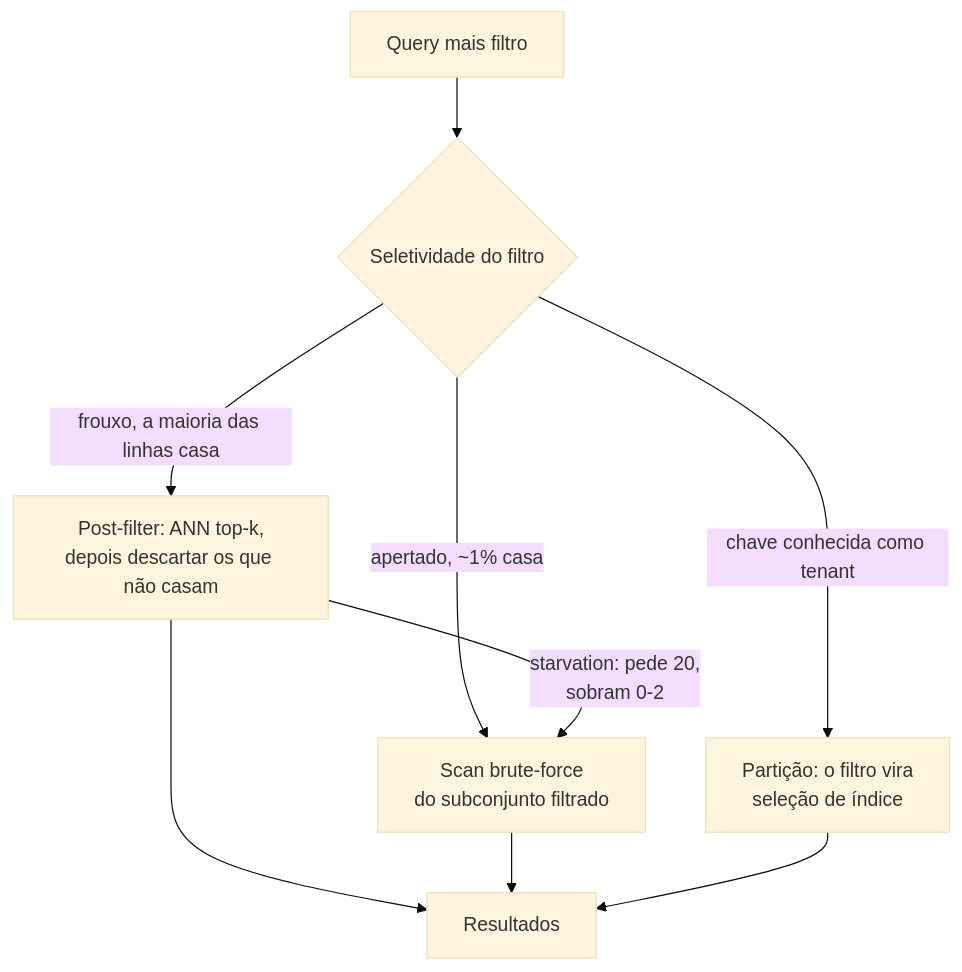
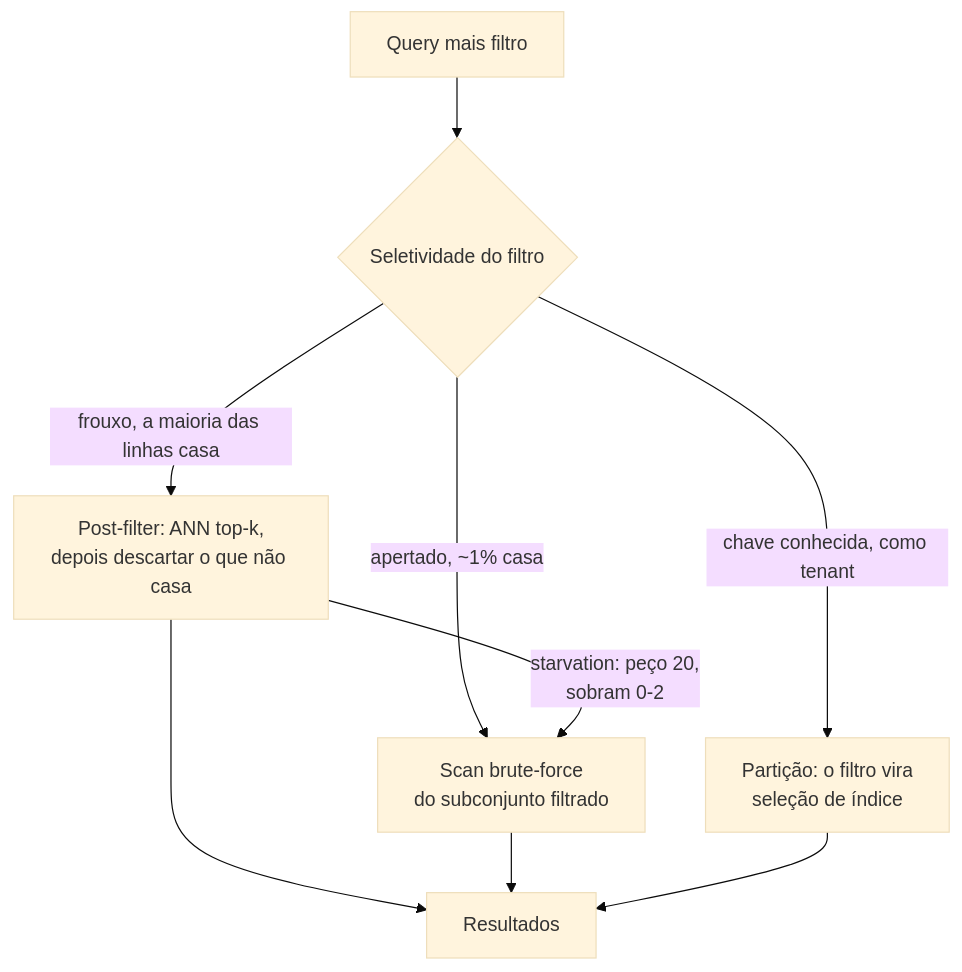
One commit to andrevberaldo/AI-Engineer-Interview-Questions changed diagram 12 of 30 in 04-rag-and-retrieval/questions.pt-BR.md. Above: the diagram before and after it, drawn with Mermaid (base theme). The commit also changed other lines of this file and 1 other file, not shown here.

````diff
--- a/04-rag-and-retrieval/questions.pt-BR.md
+++ b/04-rag-and-retrieval/questions.pt-BR.md
@@ -568,11 +568,11 @@
 ```mermaid
 flowchart TD
     Q["Query mais filtro"] --> S{"Seletividade do filtro"}
-    S -->|"frouxo, a maioria das linhas casa"| P["Post-filter: ANN top-k,<br/>depois descartar os que não casam"]
+    S -->|"frouxo, a maioria das linhas casa"| P["Post-filter: ANN top-k,<br/>depois descartar o que não casa"]
     S -->|"apertado, ~1% casa"| B["Scan brute-force<br/>do subconjunto filtrado"]
-    S -->|"chave conhecida como tenant"| N["Partição: o filtro vira<br/>seleção de índice"]
-    P -->|"starvation: pede 20,<br/>sobram 0-2"| B
+    S -->|"chave conhecida, como tenant"| N["Partição: o filtro vira<br/>seleção de índice"]
+    P -->|"starvation: peço 20,<br/>sobram 0-2"| B
     P --> R["Resultados"]
     B --> R
     N --> R
 ```
````
